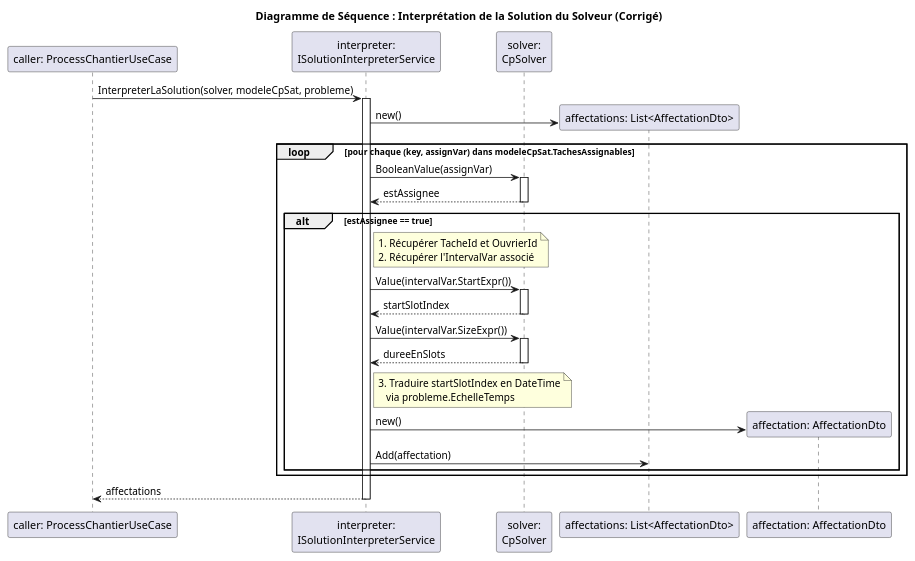
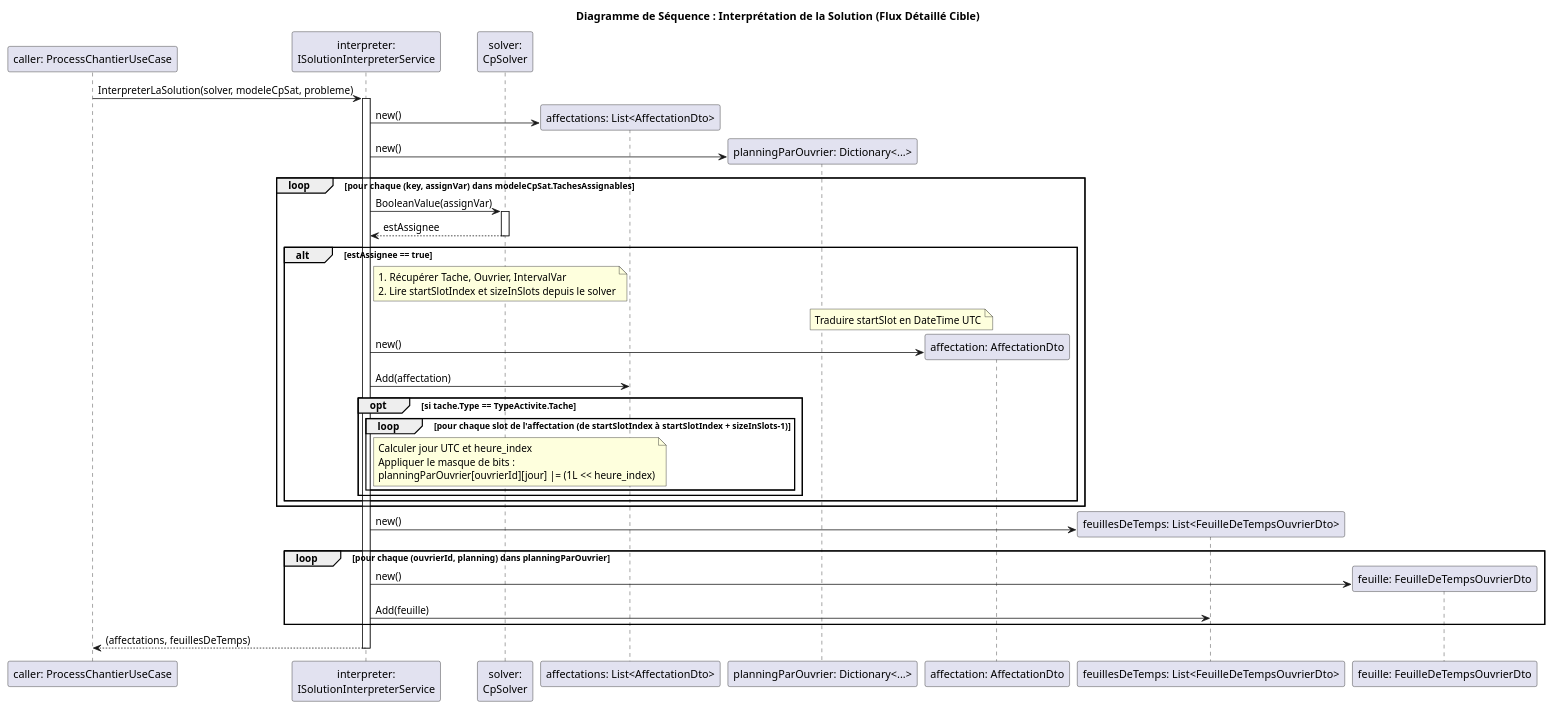
The diagram in Docs/Core/SolutionInterpreterService_Seq.puml (edgardmaillot/PlanAthena), drawn with PlantUML before and after one commit. The commit also changed 27 other files, not shown here.

```diff
--- a/Docs/Core/SolutionInterpreterService_Seq.puml
+++ b/Docs/Core/SolutionInterpreterService_Seq.puml
@@ -1,49 +1,55 @@
 @startuml
-title Diagramme de Séquence : Interprétation de la Solution du Solveur (Corrigé)
-
+title Diagramme de Séquence : Interprétation de la Solution (Flux Détaillé Cible)
 participant "caller: ProcessChantierUseCase" as Caller
 participant "interpreter:\nISolutionInterpreterService" as Interpreter
 participant "solver:\nCpSolver" as Solver
-
 Caller -> Interpreter : InterpreterLaSolution(solver, modeleCpSat, probleme)
 activate Interpreter
-
+' --- Initialisation des structures de retour ---
 create "affectations: List<AffectationDto>" as AffectationsList
 Interpreter -> AffectationsList : new()
+create "planningParOuvrier: Dictionary<...>" as PlanningDict
+Interpreter -> PlanningDict : new()
+' --- Boucle principale sur les assignations du solveur ---
+loop pour chaque (key, assignVar) dans modeleCpSat.TachesAssignables
+Interpreter -> Solver : BooleanValue(assignVar)
+activate Solver
+Solver --> Interpreter : estAssignee
+deactivate Solver
 
-loop pour chaque (key, assignVar) dans modeleCpSat.TachesAssignables
-    Interpreter -> Solver : BooleanValue(assignVar)
-    activate Solver
-    Solver --> Interpreter : estAssignee
-    deactivate Solver
+alt estAssignee == true
+    note right of Interpreter
+        1. Récupérer Tache, Ouvrier, IntervalVar
+        2. Lire startSlotIndex et sizeInSlots depuis le solver
+    end note
     
-    alt estAssignee == true
-        note right of Interpreter
-            1. Récupérer TacheId et OuvrierId
-            2. Récupérer l'IntervalVar associé
-        end note
-
-        Interpreter -> Solver : Value(intervalVar.StartExpr())
-        activate Solver
-        Solver --> Interpreter : startSlotIndex
-        deactivate Solver
-
-        Interpreter -> Solver : Value(intervalVar.SizeExpr())
-        activate Solver
-        Solver --> Interpreter : dureeEnSlots
-        deactivate Solver
-        
-        note right of Interpreter
-            3. Traduire startSlotIndex en DateTime
-               via probleme.EchelleTemps
-        end note
-        
-        create "affectation: AffectationDto" as Affectation
-        Interpreter -> Affectation : new()
-        Interpreter -> AffectationsList : Add(affectation)
-    end
+    ' --- Création de l'AffectationDto (logique existante) ---
+    create "affectation: AffectationDto" as Affectation
+    note left of Affectation : Traduire startSlot en DateTime UTC
+    Interpreter -> Affectation : new()
+    Interpreter -> AffectationsList : Add(affectation)
+    
+    ' --- NOUVEAU : Logique de construction des feuilles de temps ---
+    opt si tache.Type == TypeActivite.Tache
+        loop pour chaque slot de l'affectation (de startSlotIndex à startSlotIndex + sizeInSlots-1)
+            note right of Interpreter
+                Calculer jour UTC et heure_index
+                Appliquer le masque de bits :
+                planningParOuvrier[ouvrierId][jour] |= (1L << heure_index)
+            end note
+        end loop
+    end opt
 end
-
-Interpreter --> Caller : affectations
+end
+' --- NOUVEAU : Finalisation des feuilles de temps ---
+create "feuillesDeTemps: List<FeuilleDeTempsOuvrierDto>" as FeuillesList
+Interpreter -> FeuillesList : new()
+loop pour chaque (ouvrierId, planning) dans planningParOuvrier
+create "feuille: FeuilleDeTempsOuvrierDto" as Feuille
+Interpreter -> Feuille : new()
+Interpreter -> FeuillesList : Add(feuille)
+end
+' --- Retour du tuple ---
+Interpreter --> Caller : (affectations, feuillesDeTemps)
 deactivate Interpreter
 @enduml
```
